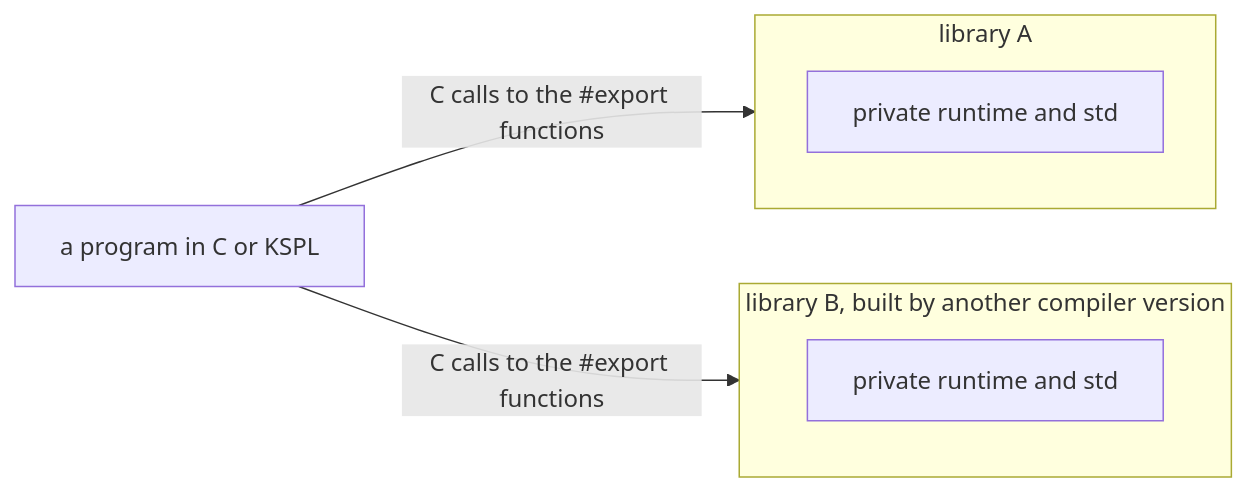
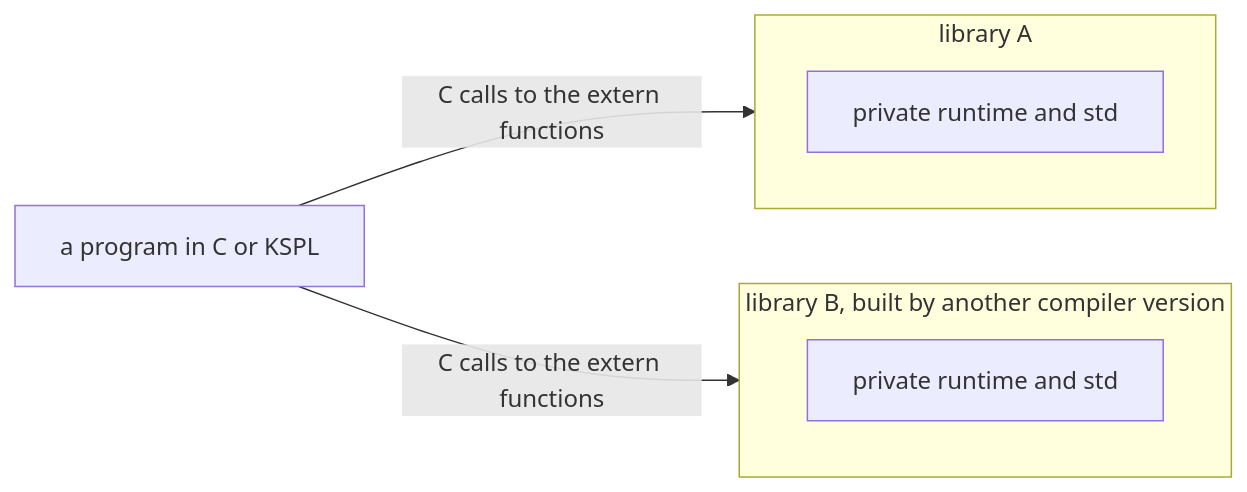
One commit to kansosystem-org/kspl-experimental changed the fifth of 5 diagrams in docs/DESIGN-programming-language.md. Above: the diagram before and after it, drawn with Mermaid. The commit also changed other lines of this file and 310 other files, not shown here.

````diff
--- a/docs/DESIGN-programming-language.md
+++ b/docs/DESIGN-programming-language.md
@@ -1220,11 +1319,11 @@
 ```mermaid
 flowchart LR
-    P[a program in C or KSPL] -->|"C calls to the #35;export functions"| A
-    P -->|"C calls to the #35;export functions"| B
+    P[a program in C or KSPL] -->|"C calls to the extern functions"| A
+    P -->|"C calls to the extern functions"| B
     subgraph A ["library A"]
         RA[private runtime and std]
     end
     subgraph B ["library B, built by another compiler version"]
         RB[private runtime and std]
     end
 ```
````
